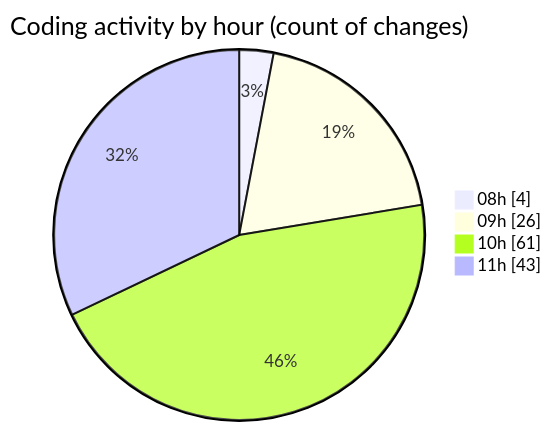
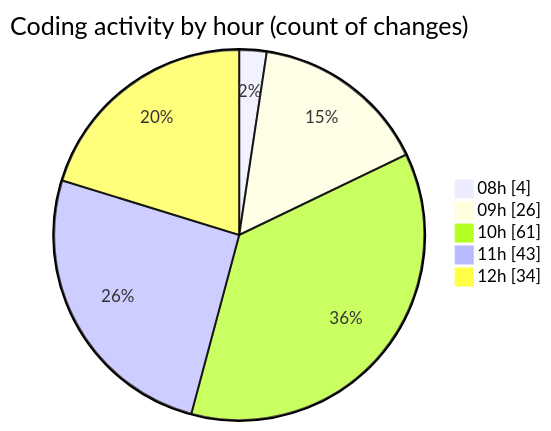
One commit to becaeroporto-bot/code-tracking changed the second of 2 diagrams in 2026-02-19/bot_v1_2/README.md. Above: the diagram before and after it, drawn with Mermaid. The commit also changed other lines of this file and 1 other file, not shown here.

````diff
--- a/2026-02-19/bot_v1_2/README.md
+++ b/2026-02-19/bot_v1_2/README.md
@@ -37,8 +37,9 @@
 ```mermaid
 pie showData
 title Coding activity by hour (count of changes)
 "08h" : 4
 "09h" : 26
 "10h" : 61
 "11h" : 43
+"12h" : 34
 ```
````
